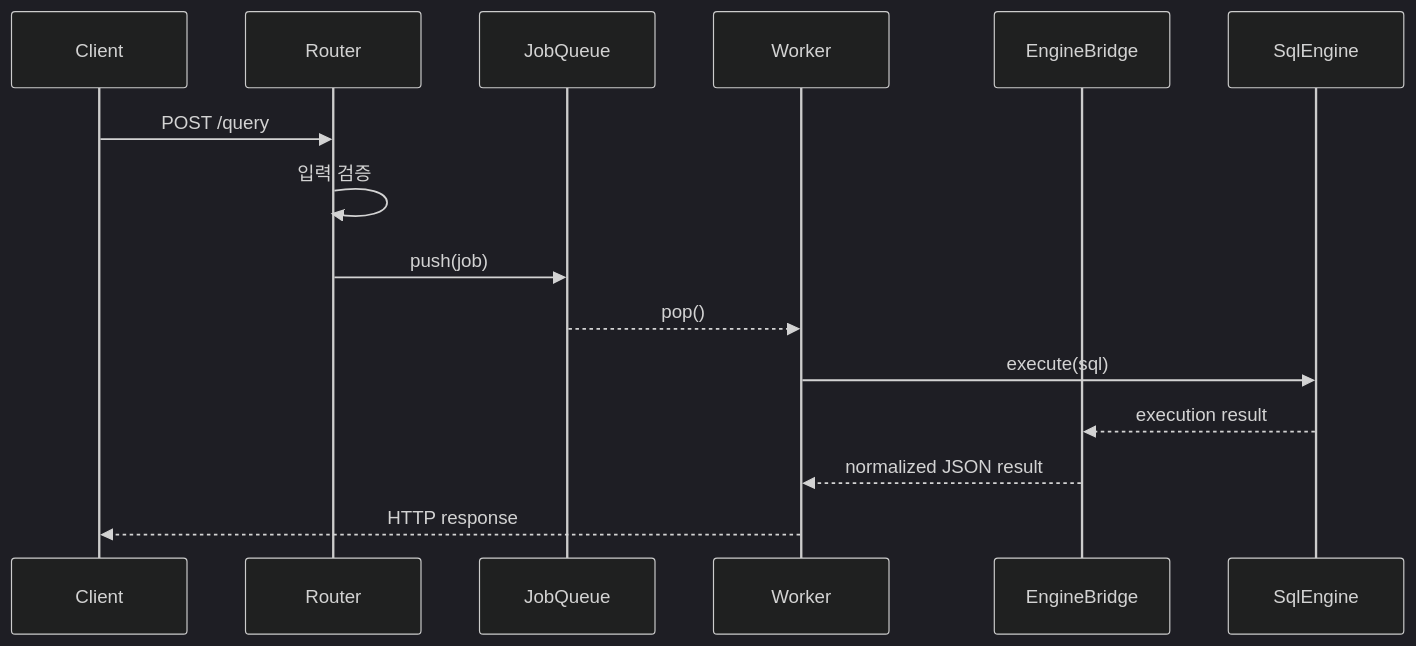
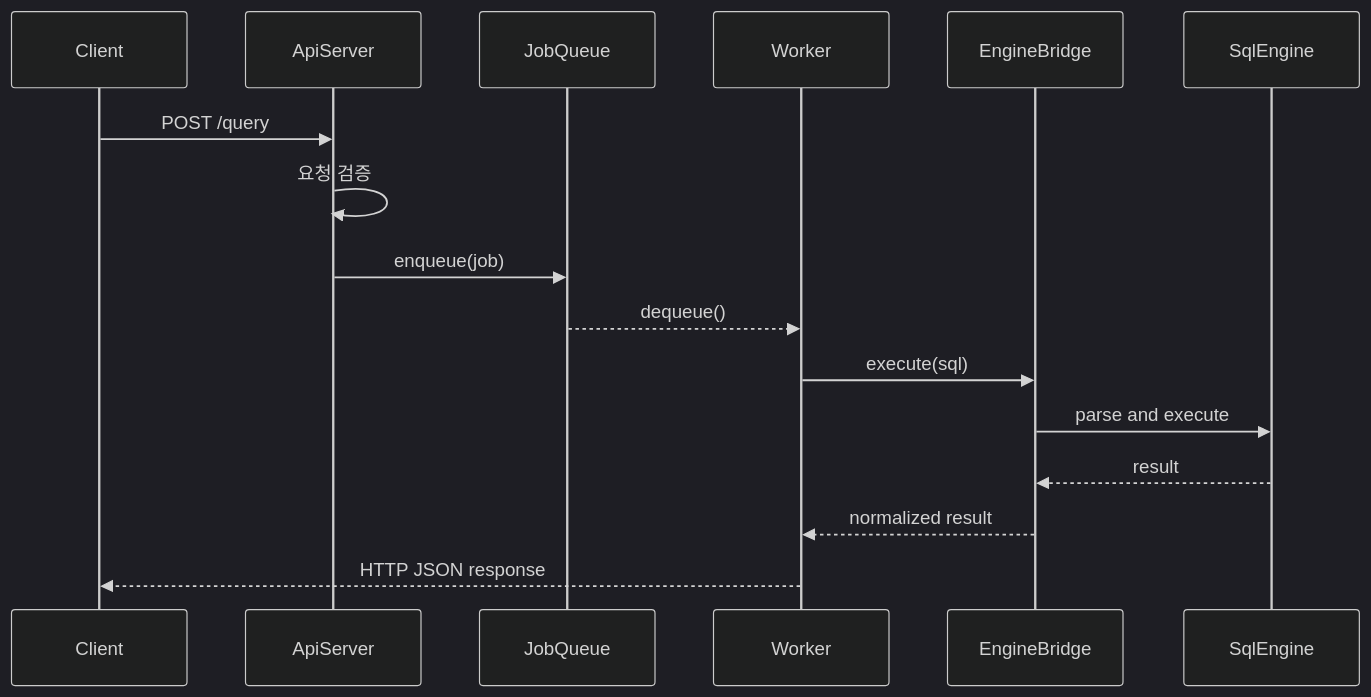
The second of 2 diagrams in docs/weeks/WEEK8/presentation/presentation_visuals.md (tail1887/sql_parsor), drawn with Mermaid (dark theme) before and after one commit. The commit also changed other lines of this file and 1 other file, not shown here.

````diff
--- a/docs/weeks/WEEK8/presentation/presentation_visuals.md
+++ b/docs/weeks/WEEK8/presentation/presentation_visuals.md
@@ -34,18 +57,19 @@
 ```mermaid
 sequenceDiagram
     participant Client
-    participant Router
+    participant ApiServer
     participant JobQueue
     participant Worker
     participant EngineBridge
     participant SqlEngine
 
-    Client->>Router: POST /query
-    Router->>Router: 입력 검증
-    Router->>JobQueue: push(job)
-    JobQueue-->>Worker: pop()
-    Worker->>SqlEngine: execute(sql)
-    SqlEngine-->>EngineBridge: execution result
-    EngineBridge-->>Worker: normalized JSON result
-    Worker-->>Client: HTTP response
+    Client->>ApiServer: POST /query
+    ApiServer->>ApiServer: 요청 검증
+    ApiServer->>JobQueue: enqueue(job)
+    JobQueue-->>Worker: dequeue()
+    Worker->>EngineBridge: execute(sql)
+    EngineBridge->>SqlEngine: parse and execute
+    SqlEngine-->>EngineBridge: result
+    EngineBridge-->>Worker: normalized result
+    Worker-->>Client: HTTP JSON response
 ```
````
